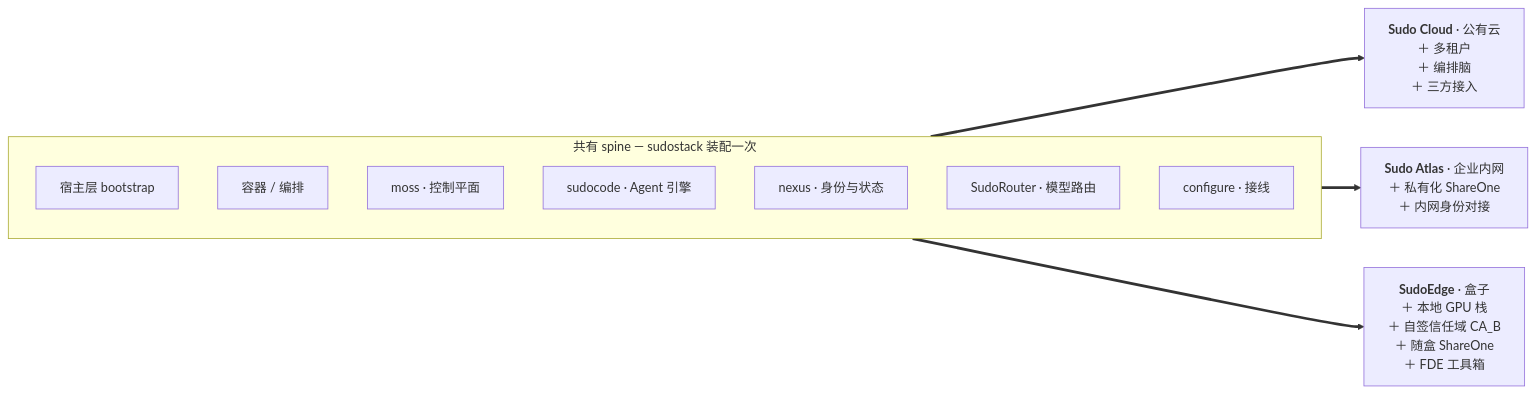
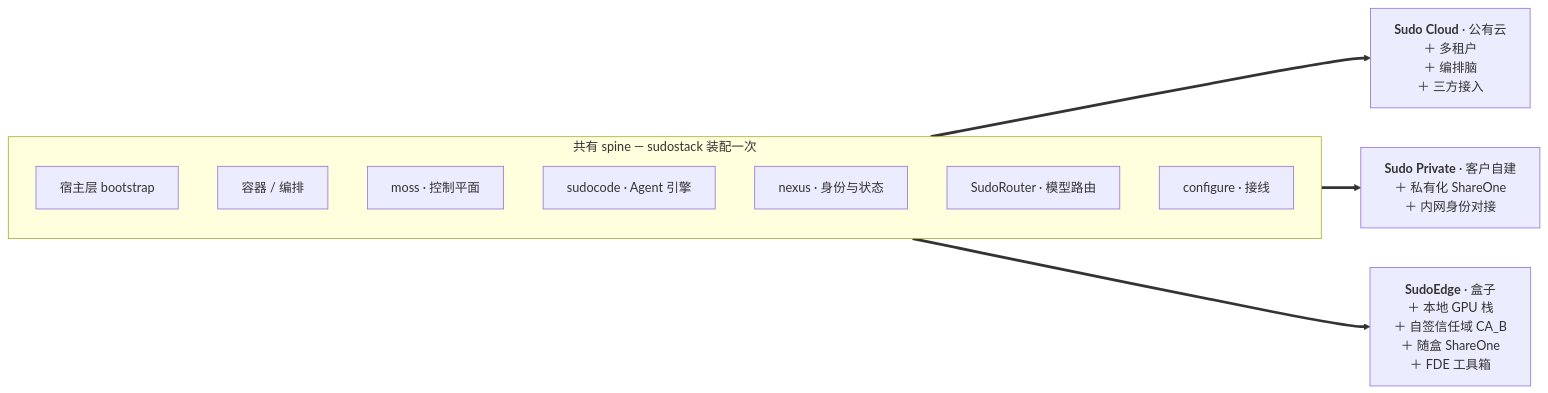
The second of 2 diagrams in README.md (sudoprivacy/sudostack), drawn with Mermaid before and after one commit. The commit also changed other lines of this file and 3 other files, not shown here.

First line of the commit message:
docs: Atlas names the platform; cloud/private/edge/local name the hosting form

````diff
--- a/README.md
+++ b/README.md
@@ -56,17 +72,17 @@
 ```mermaid
 flowchart LR
   subgraph SPINE["共有 spine — sudostack 装配一次"]
     direction TB
     HOST["宿主层 bootstrap"]
     ORCH["容器 / 编排"]
     CTRL["moss · 控制平面"]
     ENG["sudocode · Agent 引擎"]
     IDN["nexus · 身份与状态"]
     RT["SudoRouter · 模型路由"]
     WIRE["configure · 接线"]
   end
 
   SPINE ==> CLOUD2["<b>Sudo Cloud</b> · 公有云<br/>＋ 多租户<br/>＋ 编排脑<br/>＋ 三方接入"]
-  SPINE ==> ATLAS2["<b>Sudo Atlas</b> · 企业内网<br/>＋ 私有化 ShareOne<br/>＋ 内网身份对接"]
+  SPINE ==> PRIVATE2["<b>Sudo Private</b> · 客户自建<br/>＋ 私有化 ShareOne<br/>＋ 内网身份对接"]
   SPINE ==> EDGE2["<b>SudoEdge</b> · 盒子<br/>＋ 本地 GPU 栈<br/>＋ 自签信任域 CA_B<br/>＋ 随盒 ShareOne<br/>＋ FDE 工具箱"]
 ```
````
